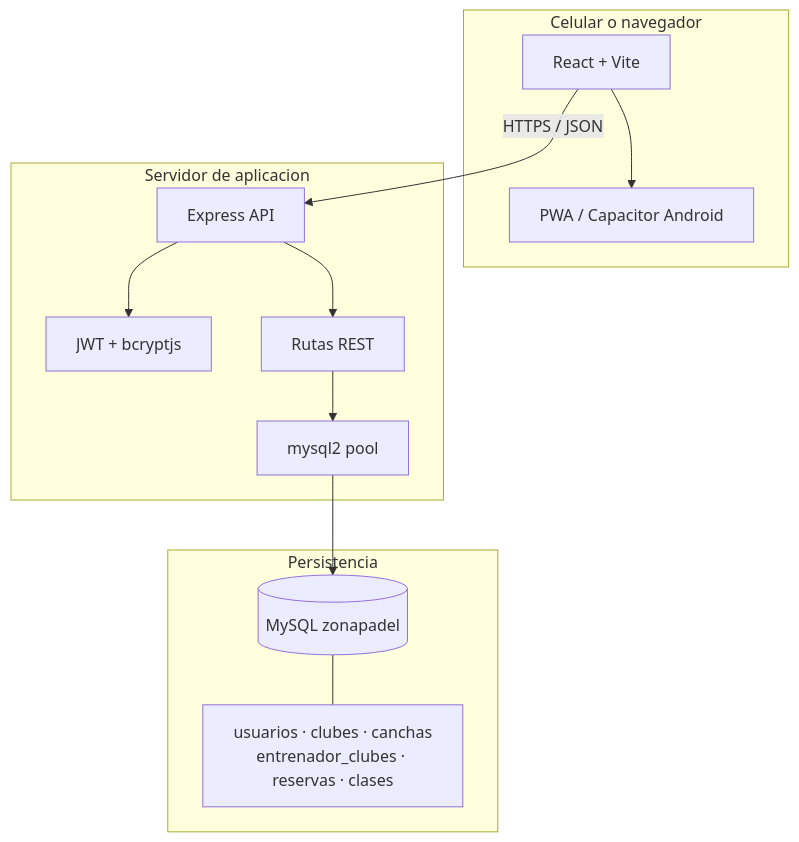
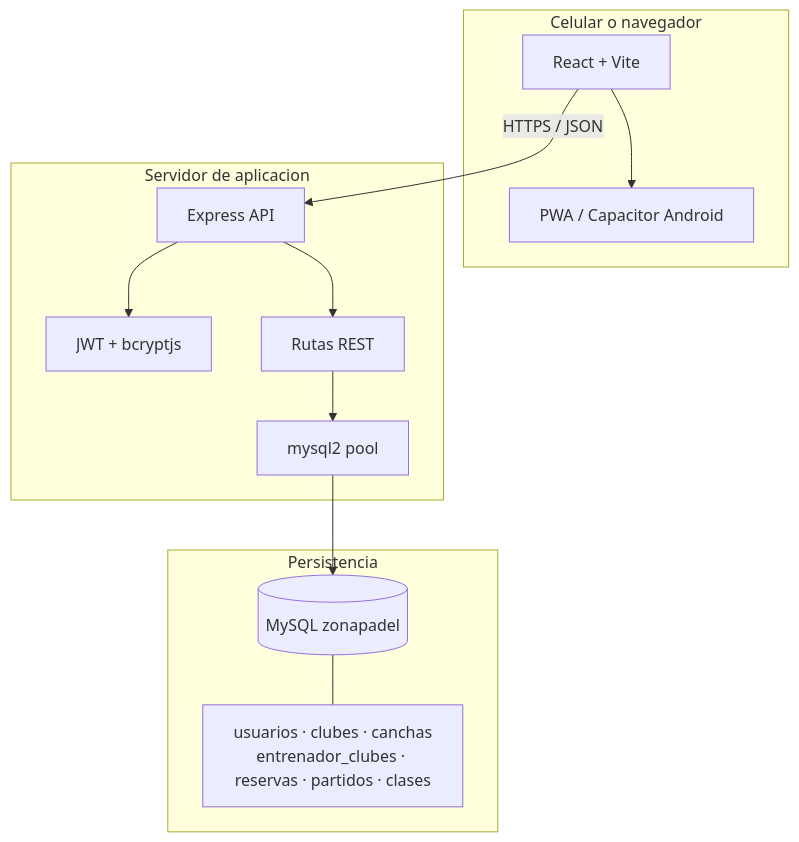
The second of 6 diagrams in README.md (carlabon08/zonapadel), drawn with Mermaid before and after one commit. The commit also changed other lines of this file and 11 other files, not shown here.

````diff
--- a/README.md
+++ b/README.md
@@ -15,27 +15,27 @@
 ```mermaid
 flowchart TB
 	subgraph Cliente[Celular o navegador]
 		UI[React + Vite]
 		PWA[PWA / Capacitor Android]
 		UI --> PWA
 	end
 
 	subgraph Servidor[Servidor de aplicacion]
 		API[Express API]
 		AUTH[JWT + bcryptjs]
 		ROUTES[Rutas REST]
 		DB_CLIENT[mysql2 pool]
 		API --> AUTH
 		API --> ROUTES
 		ROUTES --> DB_CLIENT
 	end
 
 	subgraph Datos[Persistencia]
 		MYSQL[(MySQL zonapadel)]
-		TABLES[usuarios · clubes · canchas<br/>entrenador_clubes · reservas · clases]
+		TABLES[usuarios · clubes · canchas<br/>entrenador_clubes · reservas · partidos · clases]
 		MYSQL --- TABLES
 	end
 
 	UI -->|HTTPS / JSON| API
 	DB_CLIENT --> MYSQL
 ```
````
